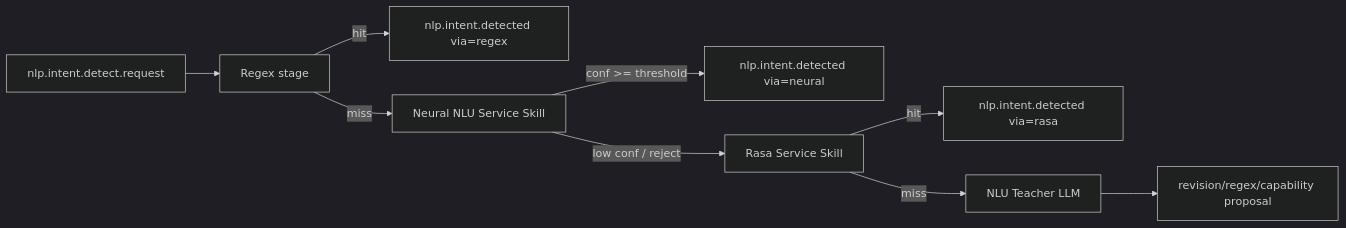
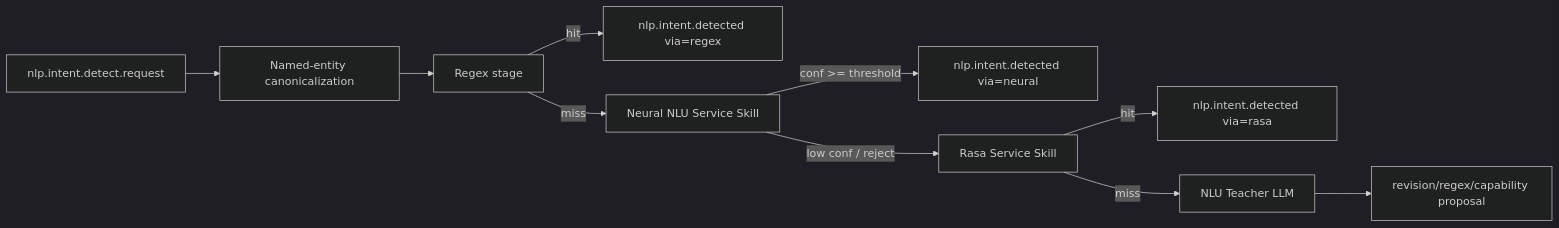
Before and after one commit to inimatic/adaos: the diagram in docs/concepts/nlu-target-architecture.md, drawn with Mermaid (dark theme). The commit also changed other lines of this file and 5 other files, not shown here.

````diff
--- a/docs/concepts/nlu-target-architecture.md
+++ b/docs/concepts/nlu-target-architecture.md
@@ -18,11 +18,12 @@
 ```mermaid
 flowchart LR
-  A[nlp.intent.detect.request] --> B[Regex stage]
+  A[nlp.intent.detect.request] --> N[Named-entity canonicalization]
+  N --> B[Regex stage]
   B -->|hit| O[nlp.intent.detected via=regex]
   B -->|miss| C[Neural NLU Service Skill]
   C -->|conf >= threshold| O2[nlp.intent.detected via=neural]
   C -->|low conf / reject| D[Rasa Service Skill]
   D -->|hit| O3[nlp.intent.detected via=rasa]
   D -->|miss| E[NLU Teacher LLM]
   E --> F[revision/regex/capability proposal]
 ```
````
